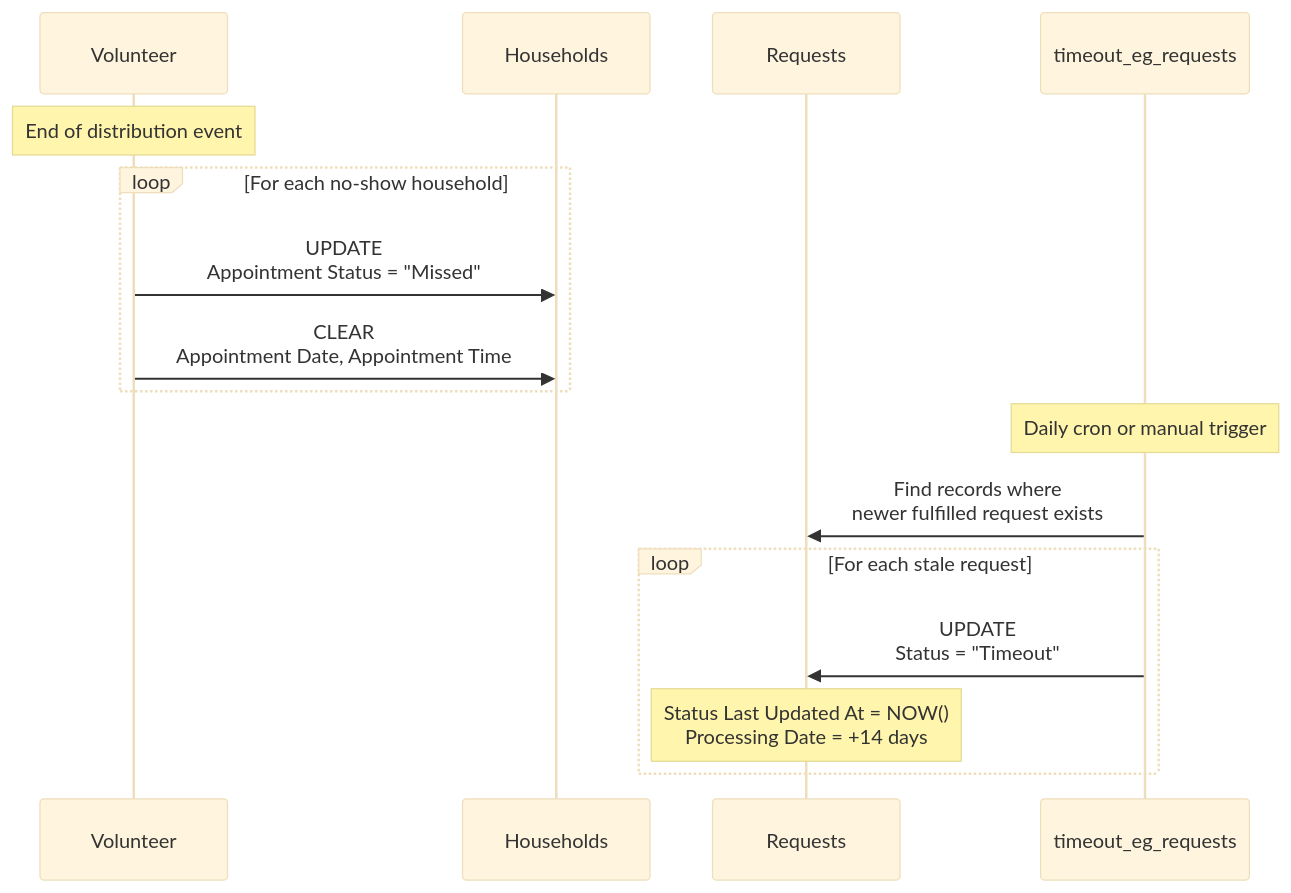
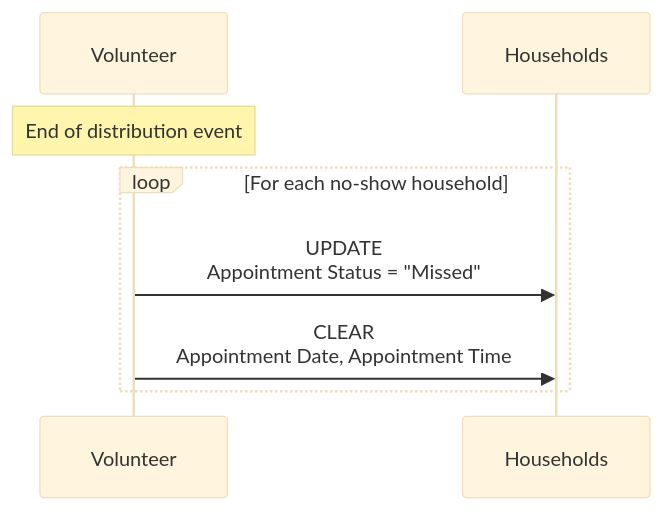
The fifth of 6 diagrams in bam-mutual-aid-spec.md (bushwickayudamutua/specs), drawn with Mermaid (base theme) before and after one commit. The commit also changed other lines of this file, not shown here.

Commit message:
Remove legacy functions from V2 spec (dedupe, timeout, consolidation, mailjet, snapshot)

````diff
--- a/bam-mutual-aid-spec.md
+++ b/bam-mutual-aid-spec.md
@@ -460,24 +449,12 @@
 ```mermaid
 sequenceDiagram
     participant Volunteer
     participant Households
-    participant Requests
-    participant TimeoutFunction as timeout_eg_requests
 
     Note over Volunteer: End of distribution event
 
     loop For each no-show household
         Volunteer->>Households: UPDATE<br/>Appointment Status = "Missed"
         Volunteer->>Households: CLEAR<br/>Appointment Date, Appointment Time
     end
-
-    Note over TimeoutFunction: Daily cron or manual trigger
-
-    TimeoutFunction->>Requests: Find records where<br/>newer fulfilled request exists
-
-    loop For each stale request
-        TimeoutFunction->>Requests: UPDATE<br/>Status = "Timeout"
-
-        Note over Requests: Status Last Updated At = NOW()<br/>Processing Date = +14 days
-    end
 ```
````
